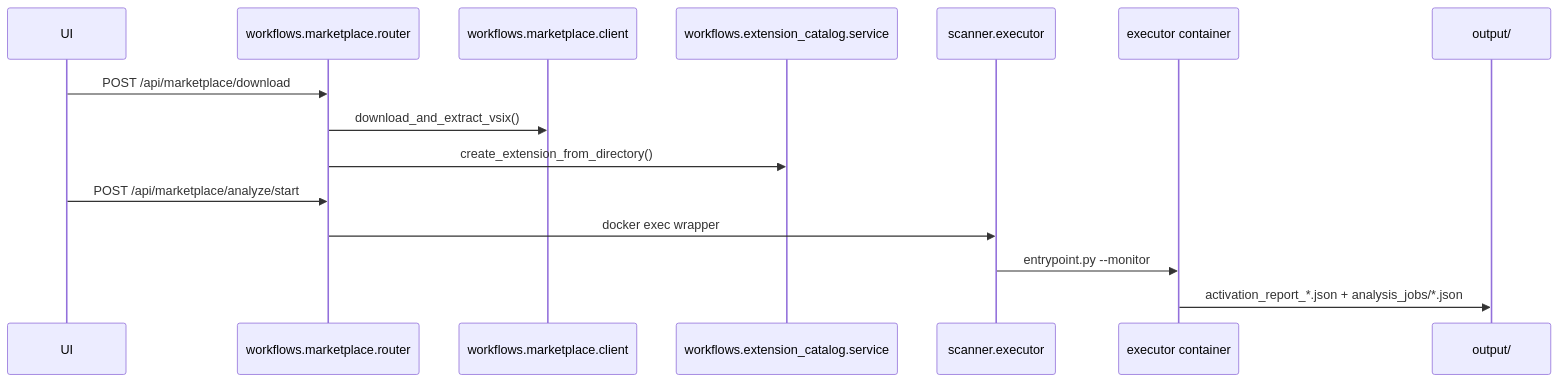
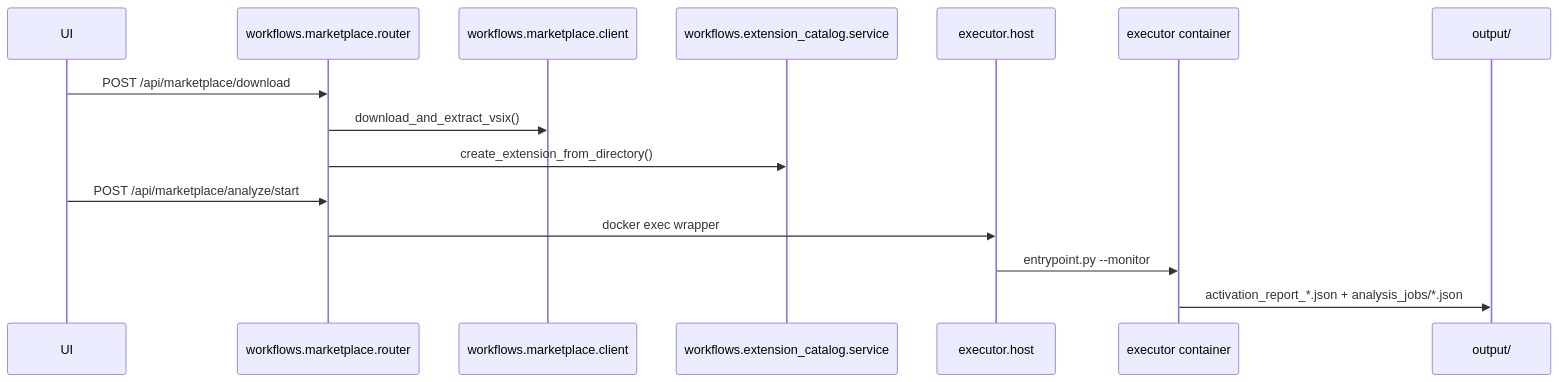
The fourth of 4 diagrams in documents/ARCHITECTURE.md (Ekremunalytu/automation_enviroment), drawn with Mermaid before and after one commit. The commit also changed other lines of this file and 73 other files, not shown here.

````diff
--- a/documents/ARCHITECTURE.md
+++ b/documents/ARCHITECTURE.md
@@ -128,18 +123,18 @@
 ```mermaid
 sequenceDiagram
     participant UI
     participant Router as workflows.marketplace.router
     participant Client as workflows.marketplace.client
     participant Service as workflows.extension_catalog.service
-    participant Exec as scanner.executor
+    participant Exec as executor.host
     participant Sandbox as executor container
     participant Output as output/
 
     UI->>Router: POST /api/marketplace/download
     Router->>Client: download_and_extract_vsix()
     Router->>Service: create_extension_from_directory()
     UI->>Router: POST /api/marketplace/analyze/start
     Router->>Exec: docker exec wrapper
     Exec->>Sandbox: entrypoint.py --monitor
     Sandbox->>Output: activation_report_*.json + analysis_jobs/*.json
 ```
````
